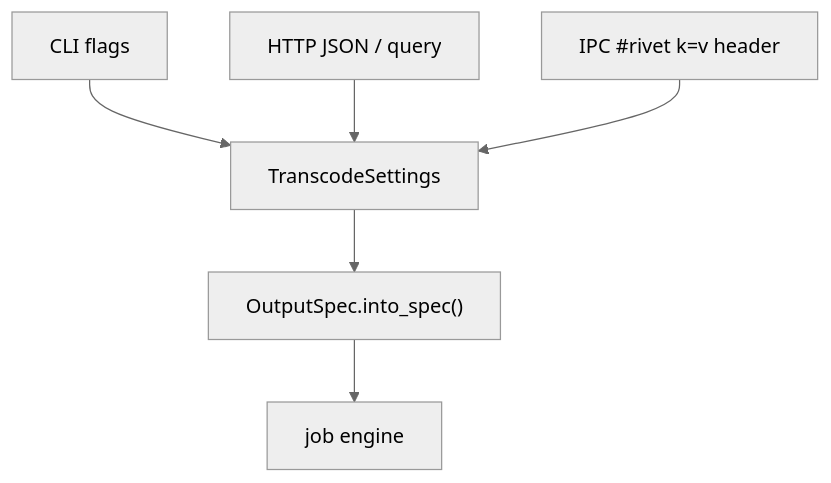
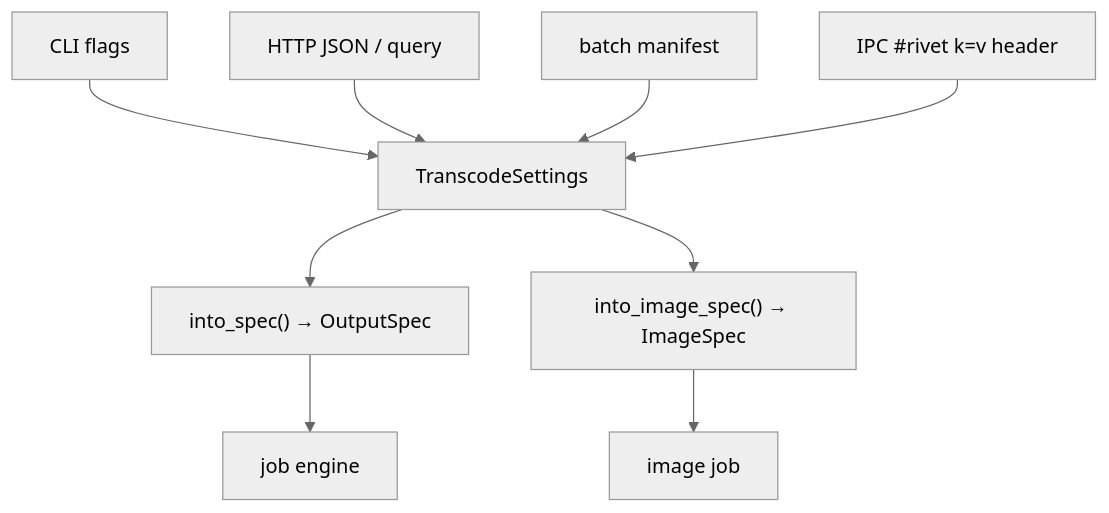
Before and after one commit to rivet-transcoder/rivet: the third of 3 diagrams in docs/architecture.md, drawn with Mermaid (neutral theme). The commit also changed other lines of this file and 26 other files, not shown here.

````diff
--- a/docs/architecture.md
+++ b/docs/architecture.md
@@ -121,7 +175,9 @@
 ```mermaid
 flowchart TD
     CLI["CLI flags"] --> TS[TranscodeSettings]
     JSON["HTTP JSON / query"] --> TS
+    YAML["batch manifest"] --> TS
     KV["IPC #rivet k=v header"] --> TS
-    TS --> SPEC["OutputSpec.into_spec()"] --> ENG["job engine"]
+    TS --> SPEC["into_spec() → OutputSpec"] --> ENG["job engine"]
+    TS --> ISPEC["into_image_spec() → ImageSpec"] --> IMG["image job"]
 ```
````
